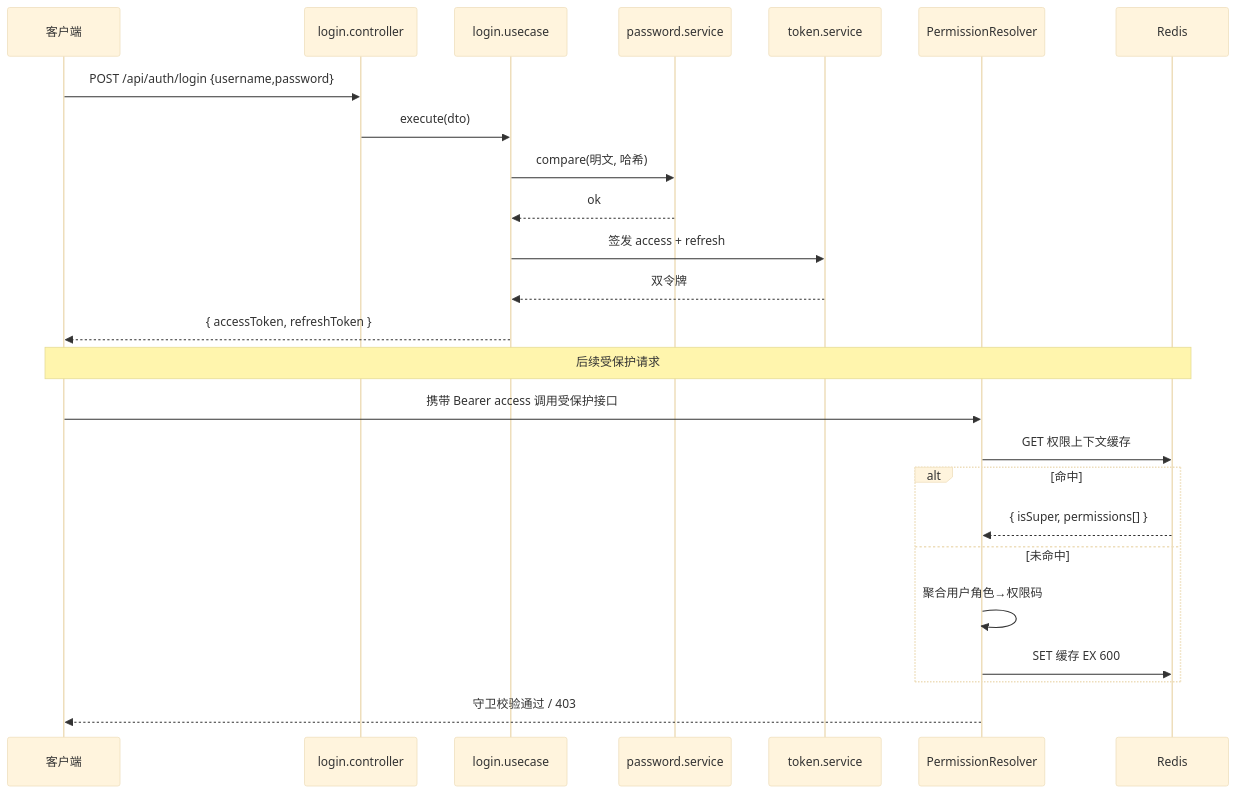
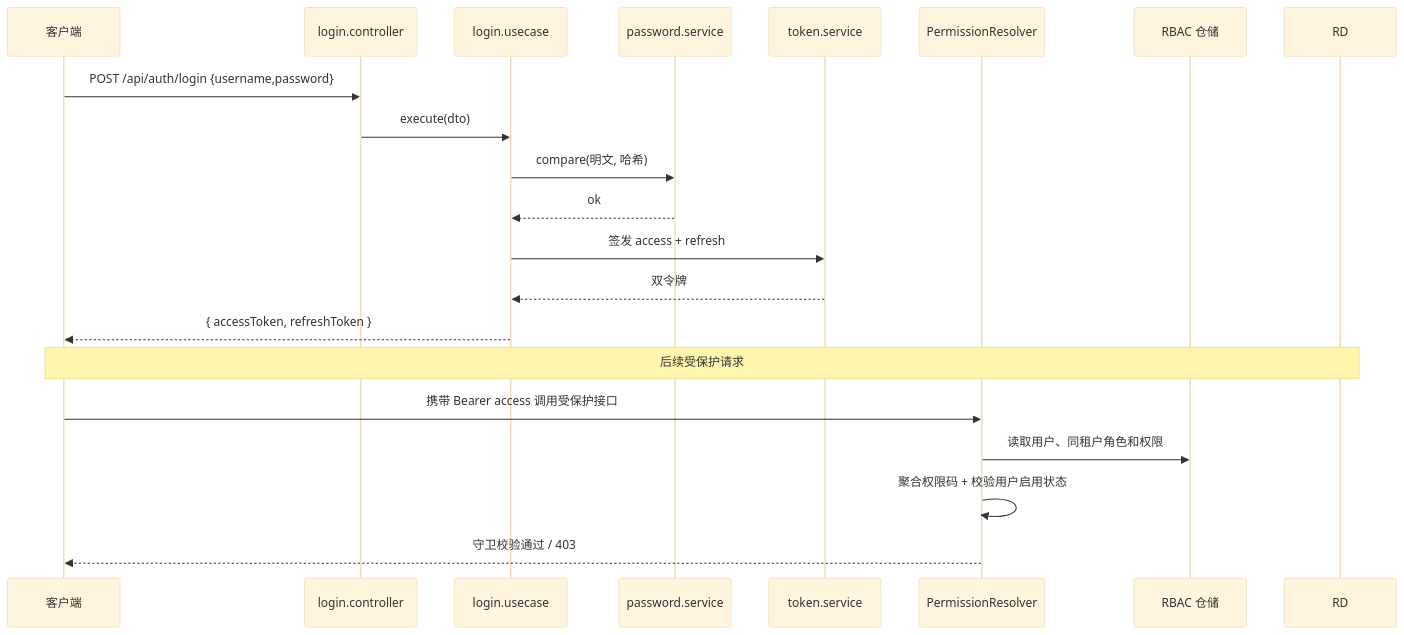
The second of 6 diagrams in docs/rbac.md (yiting001/E-sports-01), drawn with Mermaid (base theme) before and after one commit. The commit also changed other lines of this file and 158 other files, not shown here.

````diff
--- a/docs/rbac.md
+++ b/docs/rbac.md
@@ -75,29 +76,24 @@
 ```mermaid
 sequenceDiagram
   participant C as 客户端
   participant Lg as login.controller
   participant LU as login.usecase
   participant PW as password.service
   participant TK as token.service
   participant PR as PermissionResolver
-  participant RD as Redis
+  participant DB as RBAC 仓储
 
   C->>Lg: POST /api/auth/login {username,password}
   Lg->>LU: execute(dto)
   LU->>PW: compare(明文, 哈希)
   PW-->>LU: ok
   LU->>TK: 签发 access + refresh
   TK-->>LU: 双令牌
   LU-->>C: { accessToken, refreshToken }
 
   Note over C,RD: 后续受保护请求
   C->>PR: 携带 Bearer access 调用受保护接口
-  PR->>RD: GET 权限上下文缓存
-  alt 命中
-    RD-->>PR: { isSuper, permissions[] }
-  else 未命中
-    PR->>PR: 聚合用户角色→权限码
-    PR->>RD: SET 缓存 EX 600
-  end
+  PR->>DB: 读取用户、同租户角色和权限
+  PR->>PR: 聚合权限码 + 校验用户启用状态
   PR-->>C: 守卫校验通过 / 403
 ```
````
